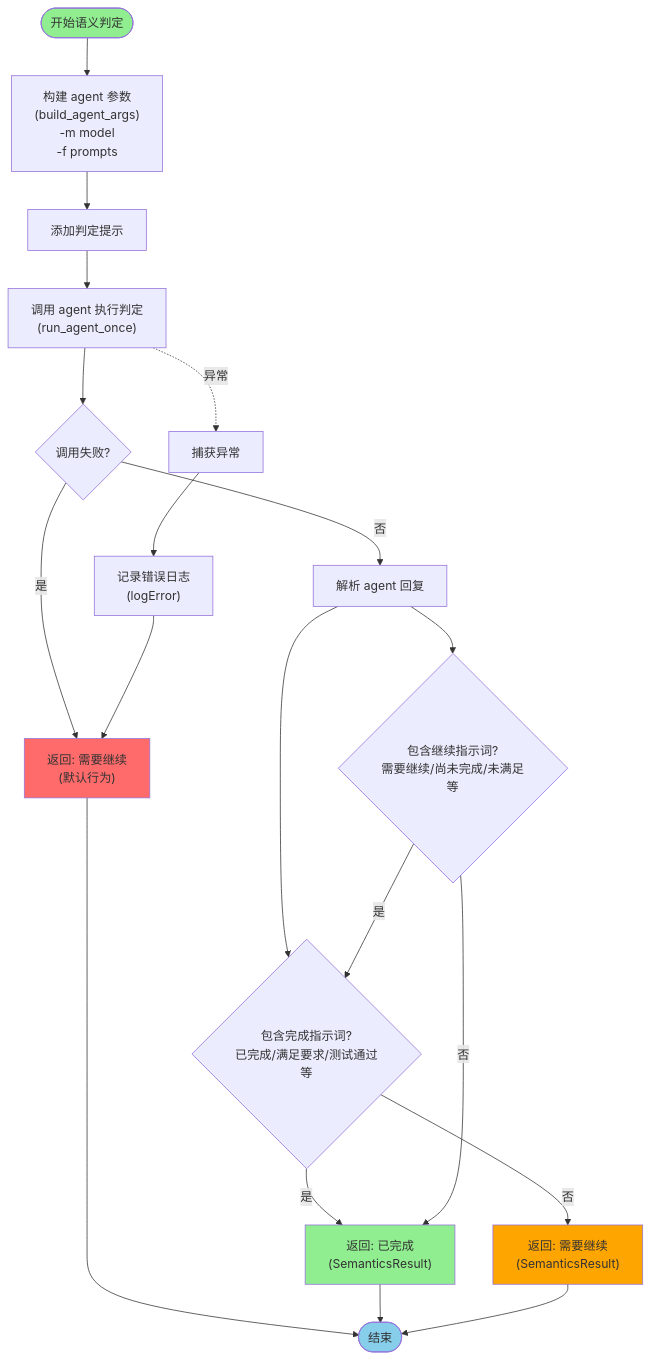
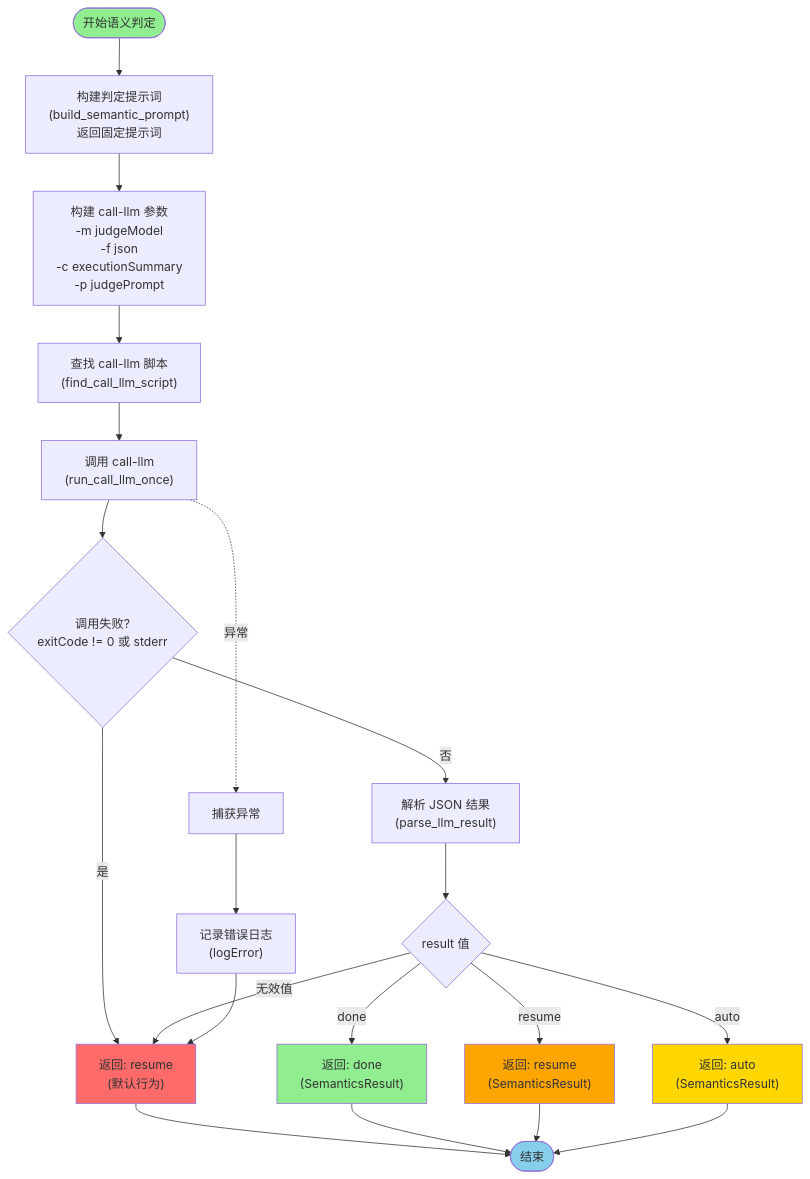
One commit to smartdio/cursor-flow changed the sixth of 10 diagrams in doc/flowchart.md. Above: the diagram before and after it, drawn with Mermaid. The commit also changed other lines of this file and 2 other files, not shown here.

````diff
--- a/doc/flowchart.md
+++ b/doc/flowchart.md
@@ -203,33 +210,34 @@
 ```mermaid
 flowchart TD
-    Start([开始语义判定]) --> BuildArgs["构建 agent 参数<br/>(build_agent_args)<br/>-m model<br/>-f prompts"]
-    BuildArgs --> AddJudgePrompt[添加判定提示]
-    AddJudgePrompt --> CallAgent["调用 agent 执行判定<br/>(run_agent_once)"]
-    CallAgent --> CheckError{调用失败?}
+    Start([开始语义判定]) --> BuildPrompt["构建判定提示词<br/>(build_semantic_prompt)<br/>返回固定提示词"]
+    BuildPrompt --> BuildArgs["构建 call-llm 参数<br/>-m judgeModel<br/>-f json<br/>-c executionSummary<br/>-p judgePrompt"]
+    BuildArgs --> FindScript["查找 call-llm 脚本<br/>(find_call_llm_script)"]
+    FindScript --> CallLLM["调用 call-llm<br/>(run_call_llm_once)"]
+    CallLLM --> CheckError{调用失败?<br/>exitCode != 0 或 stderr}
     
-    CheckError -->|是| ReturnContinue["返回: 需要继续<br/>(默认行为)"]
-    ReturnContinue --> End([结束])
+    CheckError -->|是| ReturnResume["返回: resume<br/>(默认行为)"]
+    ReturnResume --> End([结束])
     
-    CheckError -->|否| ParseResponse[解析 agent 回复]
-    ParseResponse --> CheckContinueIndicators{包含继续指示词?<br/>需要继续/尚未完成/未满足等}
-    ParseResponse --> CheckCompleteIndicators{包含完成指示词?<br/>已完成/满足要求/测试通过等}
+    CheckError -->|否| ParseJSON["解析 JSON 结果<br/>(parse_llm_result)"]
+    ParseJSON --> CheckResult{result 值}
     
-    CheckContinueIndicators -->|是| CheckCompleteIndicators
-    CheckCompleteIndicators -->|是| ReturnComplete["返回: 已完成<br/>(SemanticsResult)"]
-    CheckCompleteIndicators -->|否| ReturnNeedsContinue["返回: 需要继续<br/>(SemanticsResult)"]
+    CheckResult -->|done| ReturnDone["返回: done<br/>(SemanticsResult)"]
+    CheckResult -->|resume| ReturnResumeResult["返回: resume<br/>(SemanticsResult)"]
+    CheckResult -->|auto| ReturnAuto["返回: auto<br/>(SemanticsResult)"]
+    CheckResult -->|无效值| ReturnResume
     
-    CheckContinueIndicators -->|否| ReturnComplete
+    ReturnDone --> End
+    ReturnResumeResult --> End
+    ReturnAuto --> End
     
-    ReturnComplete --> End
-    ReturnNeedsContinue --> End
-    
-    CallAgent -.->|异常| CatchError[捕获异常]
+    CallLLM -.->|异常| CatchError[捕获异常]
     CatchError --> LogError["记录错误日志<br/>(logError)"]
-    LogError --> ReturnContinue
+    LogError --> ReturnResume
     
     style Start fill:#90EE90
     style End fill:#87CEEB
-    style ReturnComplete fill:#90EE90
-    style ReturnNeedsContinue fill:#FFA500
-    style ReturnContinue fill:#FF6B6B
+    style ReturnDone fill:#90EE90
+    style ReturnResumeResult fill:#FFA500
+    style ReturnAuto fill:#FFD700
+    style ReturnResume fill:#FF6B6B
 ```
````
